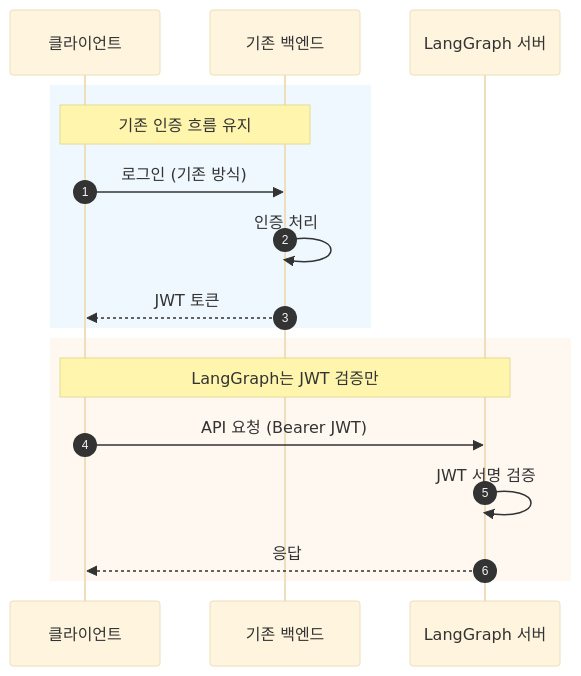
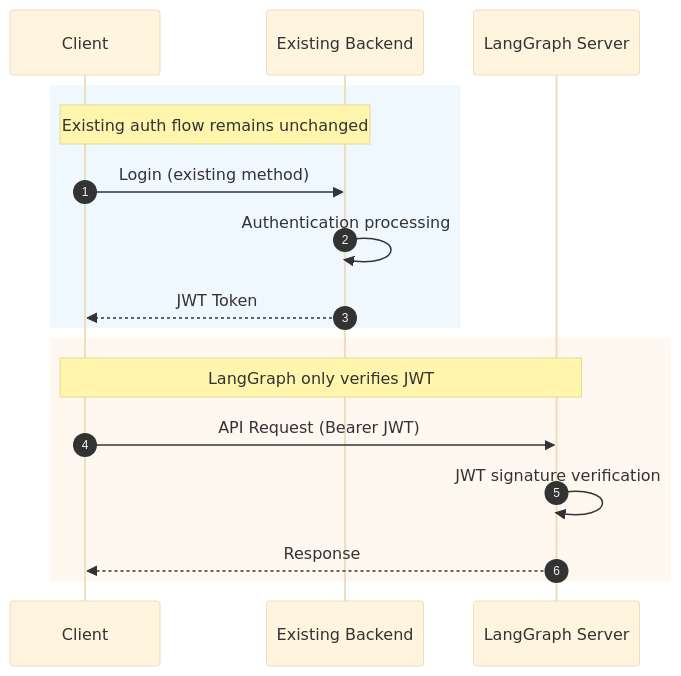
Before and after one commit to braincrew-lab/langgraph-chat-ui: the first of 2 diagrams in docs/05-STANDALONE.md, drawn with Mermaid (base theme). The commit also changed other lines of this file and 24 other files, not shown here.

````diff
--- a/docs/05-STANDALONE.md
+++ b/docs/05-STANDALONE.md
@@ -19,21 +19,21 @@
 ```mermaid
 sequenceDiagram
     autonumber
-    participant Client as 클라이언트
-    participant Backend as 기존 백엔드
-    participant LangGraph as LangGraph 서버
+    participant Client as Client
+    participant Backend as Existing Backend
+    participant LangGraph as LangGraph Server
 
     rect rgb(240, 248, 255)
-        Note over Client,Backend: 기존 인증 흐름 유지
-        Client->>Backend: 로그인 (기존 방식)
-        Backend->>Backend: 인증 처리
-        Backend-->>Client: JWT 토큰
+        Note over Client,Backend: Existing auth flow remains unchanged
+        Client->>Backend: Login (existing method)
+        Backend->>Backend: Authentication processing
+        Backend-->>Client: JWT Token
     end
 
     rect rgb(255, 248, 240)
-        Note over Client,LangGraph: LangGraph는 JWT 검증만
-        Client->>LangGraph: API 요청 (Bearer JWT)
-        LangGraph->>LangGraph: JWT 서명 검증
-        LangGraph-->>Client: 응답
+        Note over Client,LangGraph: LangGraph only verifies JWT
+        Client->>LangGraph: API Request (Bearer JWT)
+        LangGraph->>LangGraph: JWT signature verification
+        LangGraph-->>Client: Response
     end
 ```
````
